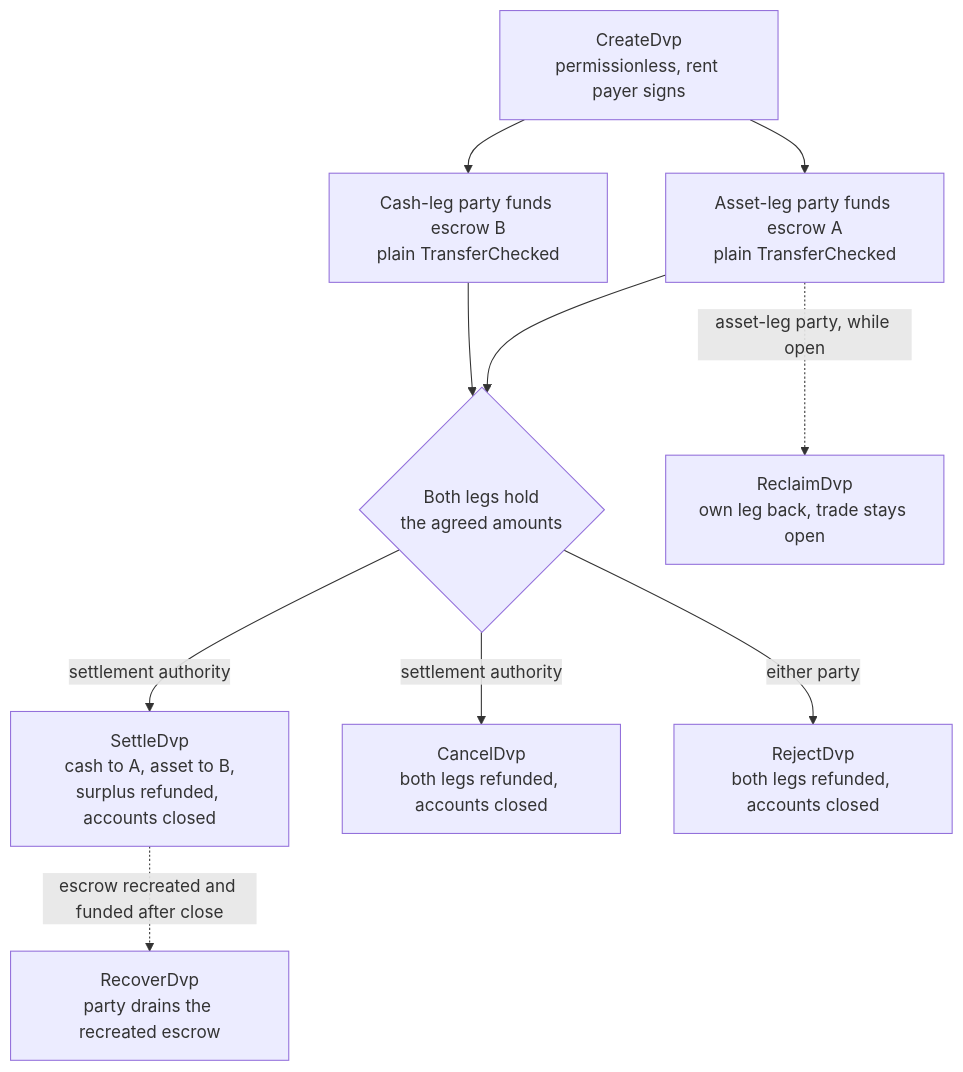
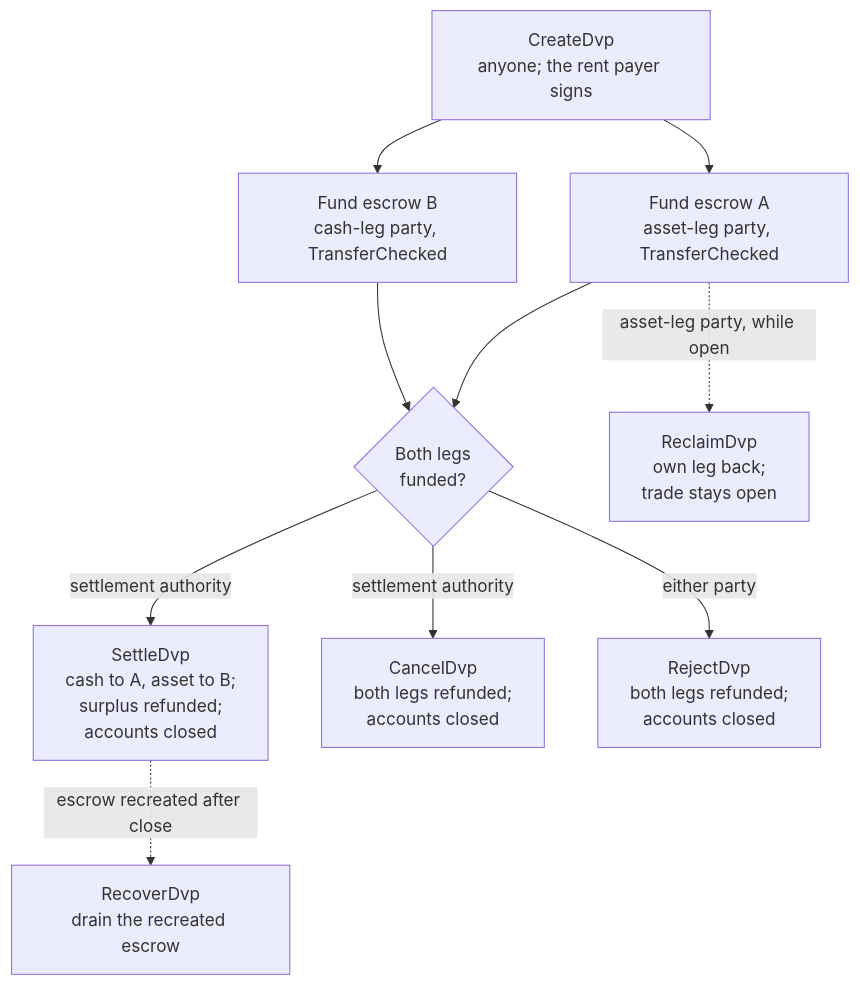
The first of 2 diagrams in apps/docs/docs/defi/dvp-program/index.mdx (catmcgee/solana-com), drawn with Mermaid before and after one commit. The commit also changed other lines of this file and 798 other files, not shown here.

First line of the commit message:
docs: redesign diagrams, make demos run like real executions, reuse the real solana.com header, new Build dropdown

````diff
--- a/apps/docs/docs/defi/dvp-program/index.mdx
+++ b/apps/docs/docs/defi/dvp-program/index.mdx
@@ -130,12 +130,15 @@
 ```mermaid
 flowchart TD
-  C["CreateDvp<br/>permissionless, rent payer signs"] --> FA["Asset-leg party funds escrow A<br/>plain TransferChecked"]
-  C --> FB["Cash-leg party funds escrow B<br/>plain TransferChecked"]
-  FA --> G{Both legs hold<br/>the agreed amounts}
+  accTitle: DvP trade lifecycle
+  accDescr: CreateDvp opens the trade; each party funds its escrow; once both legs are funded the settlement authority settles or cancels, or either party rejects; a party can reclaim its own leg while the trade is open.
+  C["CreateDvp<br/>anyone; the rent payer signs"] --> FA["Fund escrow A<br/>asset-leg party, TransferChecked"]
+  C --> FB["Fund escrow B<br/>cash-leg party, TransferChecked"]
+  FA --> G{Both legs<br/>funded?}
   FB --> G
-  G -->|settlement authority| S["SettleDvp<br/>cash to A, asset to B,<br/>surplus refunded, accounts closed"]
-  G -->|settlement authority| X["CancelDvp<br/>both legs refunded, accounts closed"]
-  G -->|either party| R["RejectDvp<br/>both legs refunded, accounts closed"]
-  FA -.->|asset-leg party, while open| L["ReclaimDvp<br/>own leg back, trade stays open"]
-  S -.->|escrow recreated and funded after close| V["RecoverDvp<br/>party drains the recreated escrow"]
+  G -->|settlement authority| S["SettleDvp<br/>cash to A, asset to B;<br/>surplus refunded;<br/>accounts closed"]
+  G -->|settlement authority| X["CancelDvp<br/>both legs refunded;<br/>accounts closed"]
+  G -->|either party| R["RejectDvp<br/>both legs refunded;<br/>accounts closed"]
+  FA -.->|asset-leg party, while open| L["ReclaimDvp<br/>own leg back;<br/>trade stays open"]
+  S -.->|escrow recreated after close| V["RecoverDvp<br/>drain the recreated escrow"]
+  class S focal
 ```
````
